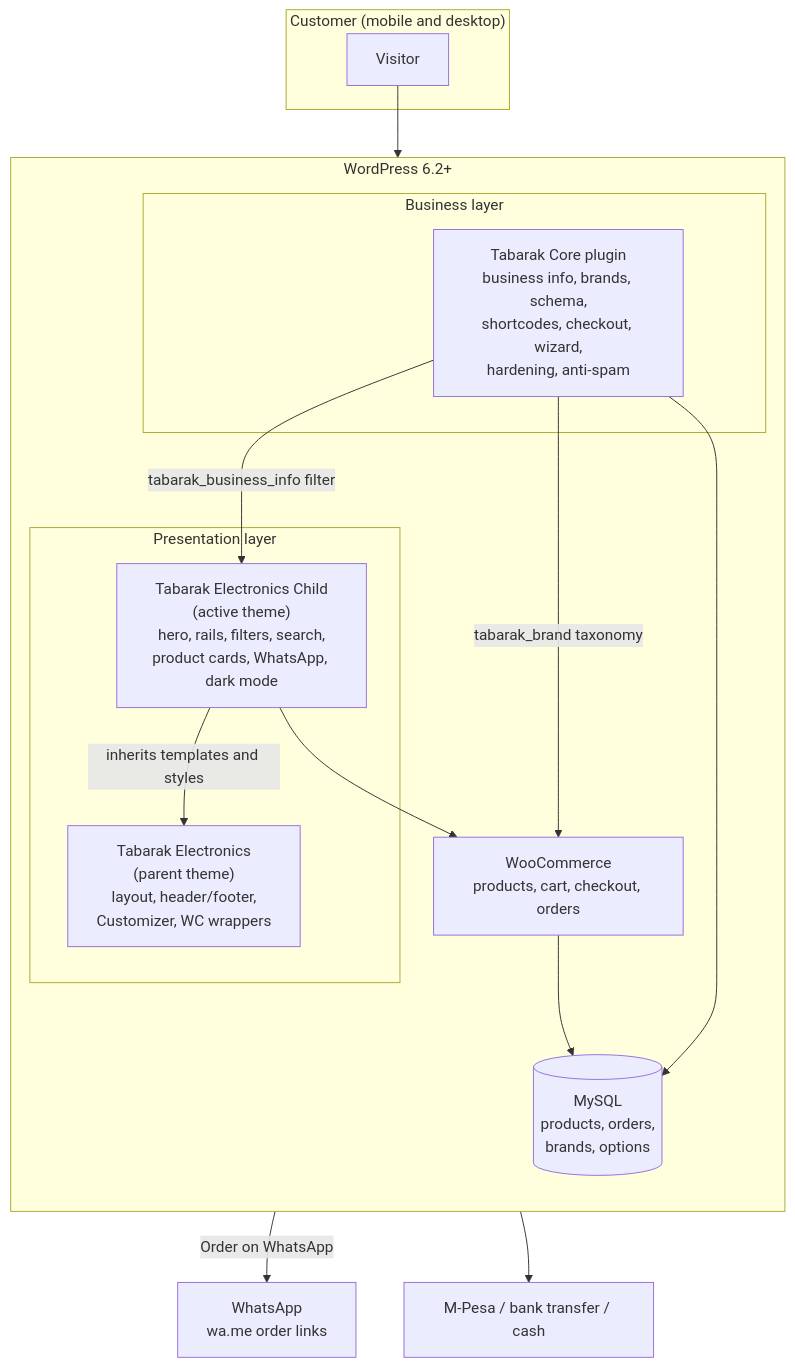
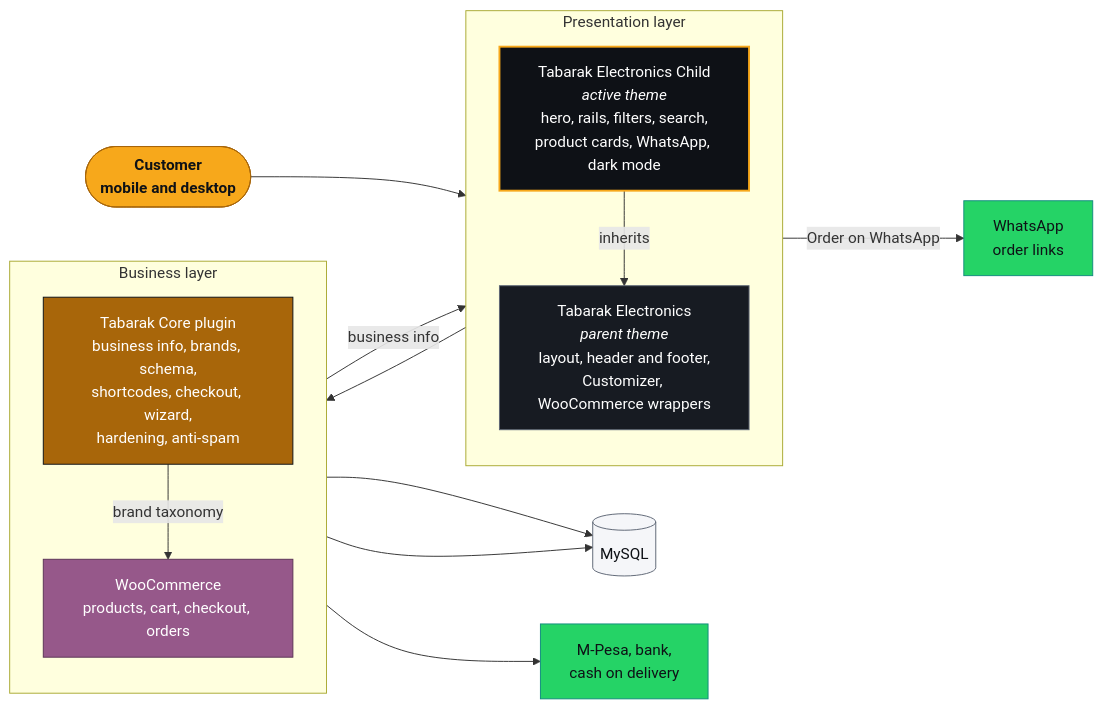
The first of 3 diagrams in README.md (moselanto/tabarakelectronics.co.ke), drawn with Mermaid before and after one commit. The commit also changed other lines of this file and 9 other files, not shown here.

Commit message:
README visuals: branded banner, framed screenshots, mobile showcase, palette and styled architecture diagrams

````diff
--- a/README.md
+++ b/README.md
@@ -114,32 +159,38 @@
 ```mermaid
-flowchart TB
-    subgraph Browser["Customer (mobile and desktop)"]
-        V[Visitor]
+flowchart LR
+    U(["Customer<br/>mobile and desktop"]):::user
+
+    subgraph PRES["Presentation layer"]
+        direction TB
+        C["Tabarak Electronics Child<br/><i>active theme</i><br/>hero, rails, filters, search,<br/>product cards, WhatsApp, dark mode"]:::child
+        P["Tabarak Electronics<br/><i>parent theme</i><br/>layout, header and footer,<br/>Customizer, WooCommerce wrappers"]:::parent
+        C -- inherits --> P
     end
 
-    subgraph WP["WordPress 6.2+"]
+    subgraph BIZ["Business layer"]
         direction TB
-        subgraph Themes["Presentation layer"]
-            C["Tabarak Electronics Child<br/>(active theme)<br/>hero, rails, filters, search,<br/>product cards, WhatsApp, dark mode"]
-            P["Tabarak Electronics<br/>(parent theme)<br/>layout, header/footer,<br/>Customizer, WC wrappers"]
-            C -- inherits templates and styles --> P
-        end
-        subgraph Logic["Business layer"]
-            K["Tabarak Core plugin<br/>business info, brands, schema,<br/>shortcodes, checkout, wizard,<br/>hardening, anti-spam"]
-        end
-        WC["WooCommerce<br/>products, cart, checkout, orders"]
-        DB[("MySQL<br/>products, orders,<br/>brands, options")]
+        K["Tabarak Core plugin<br/>business info, brands, schema,<br/>shortcodes, checkout, wizard,<br/>hardening, anti-spam"]:::core
+        WC["WooCommerce<br/>products, cart, checkout, orders"]:::wc
     end
 
-    WA["WhatsApp<br/>wa.me order links"]
-    PAY["M-Pesa / bank transfer / cash"]
+    DB[("MySQL")]:::db
+    WA["WhatsApp<br/>order links"]:::ext
+    PAY["M-Pesa, bank,<br/>cash on delivery"]:::ext
 
-    V --> C
+    U --> C
     C --> WC
-    K -- tabarak_business_info filter --> C
-    K -- tabarak_brand taxonomy --> WC
+    K -- business info --> C
+    K -- brand taxonomy --> WC
     WC --> DB
     K --> DB
     C -- Order on WhatsApp --> WA
     WC --> PAY
+
+    classDef user fill:#f7a81b,stroke:#a8660a,color:#0e1116,font-weight:bold
+    classDef child fill:#0e1116,stroke:#f7a81b,stroke-width:2px,color:#ffffff
+    classDef parent fill:#171b22,stroke:#5e6675,color:#ffffff
+    classDef core fill:#a8660a,stroke:#0e1116,color:#ffffff
+    classDef wc fill:#96588a,stroke:#5b3355,color:#ffffff
+    classDef db fill:#f5f6f9,stroke:#5e6675,color:#0e1116
+    classDef ext fill:#25d366,stroke:#128c7e,color:#0e1116
 ```
````
